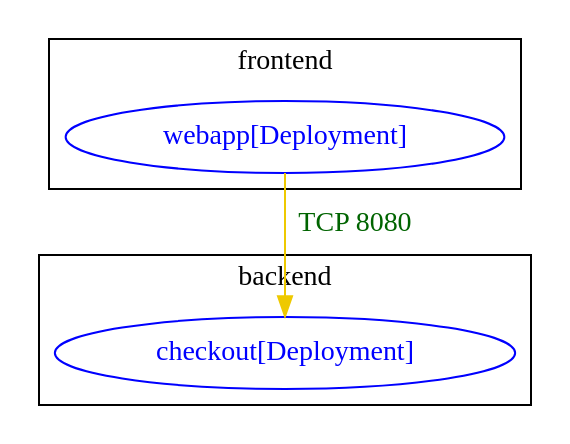
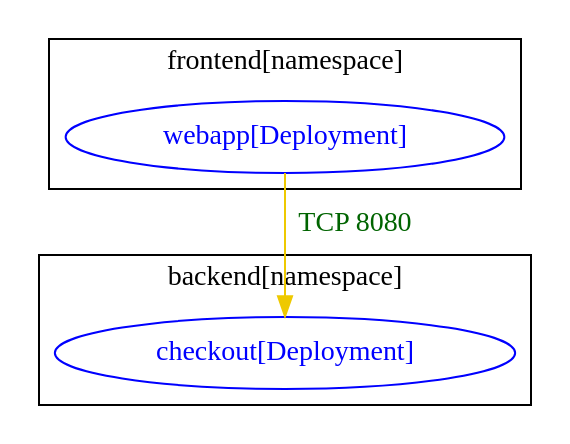
One commit to np-guard/netpol-analyzer changed the diagram in test_outputs/connlist/acs-security-demos_focus_workload_checkout_ingress_with_webapp_connlist_output.dot. Above: the diagram before and after it, drawn with Graphviz. The commit also changed 475 other files, not shown here.

Commit message:
dot/graph output : add [namespace] to the namespace group name (unless it is a udn)

```diff
--- a/test_outputs/connlist/acs-security-demos_focus_workload_checkout_ingress_with_webapp_connlist_output.dot
+++ b/test_outputs/connlist/acs-security-demos_focus_workload_checkout_ingress_with_webapp_connlist_output.dot
@@ -1,15 +1,15 @@
 digraph {
-	subgraph "cluster_backend" {
+	subgraph "cluster_backend[namespace]" {
 		color="black"
 		fontcolor="black"
 		"backend/checkout[Deployment]" [label="checkout[Deployment]" color="blue" fontcolor="blue"]
-		label="backend"
+		label="backend[namespace]"
 	}
-	subgraph "cluster_frontend" {
+	subgraph "cluster_frontend[namespace]" {
 		color="black"
 		fontcolor="black"
 		"frontend/webapp[Deployment]" [label="webapp[Deployment]" color="blue" fontcolor="blue"]
-		label="frontend"
+		label="frontend[namespace]"
 	}
 	"frontend/webapp[Deployment]" -> "backend/checkout[Deployment]" [label="TCP 8080" color="gold2" fontcolor="darkgreen" weight=1]
 }
```
